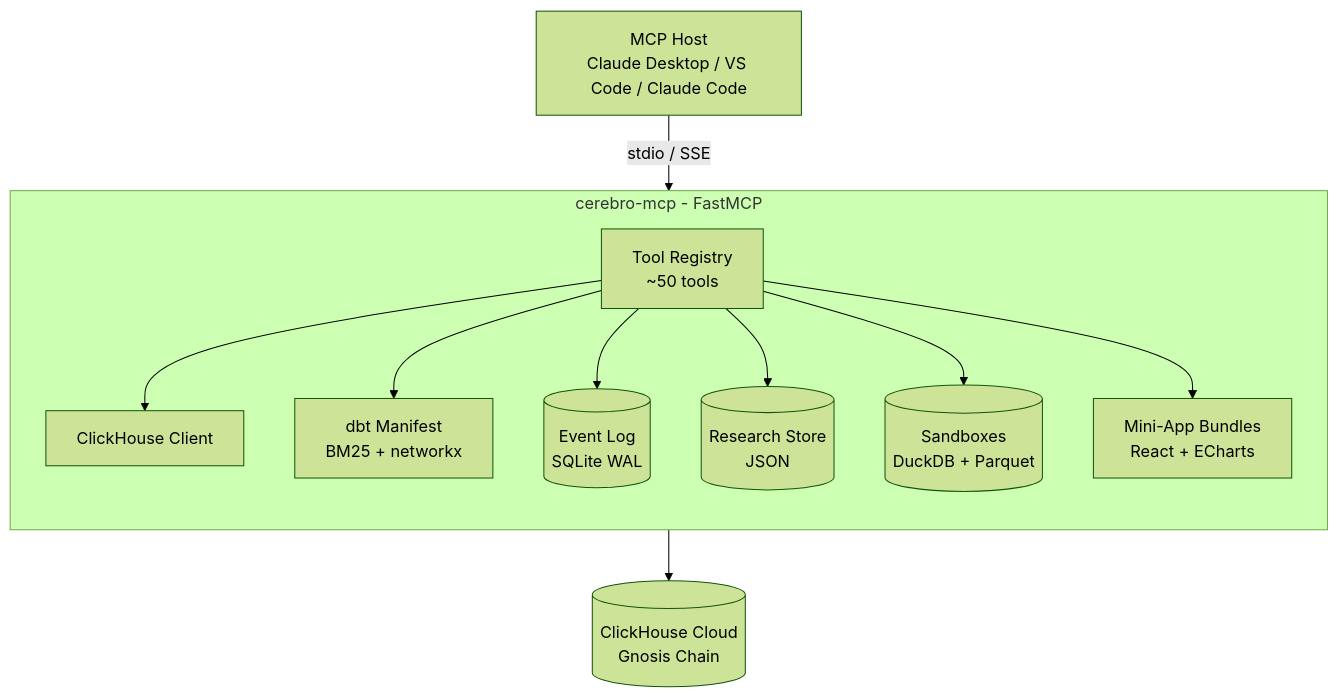
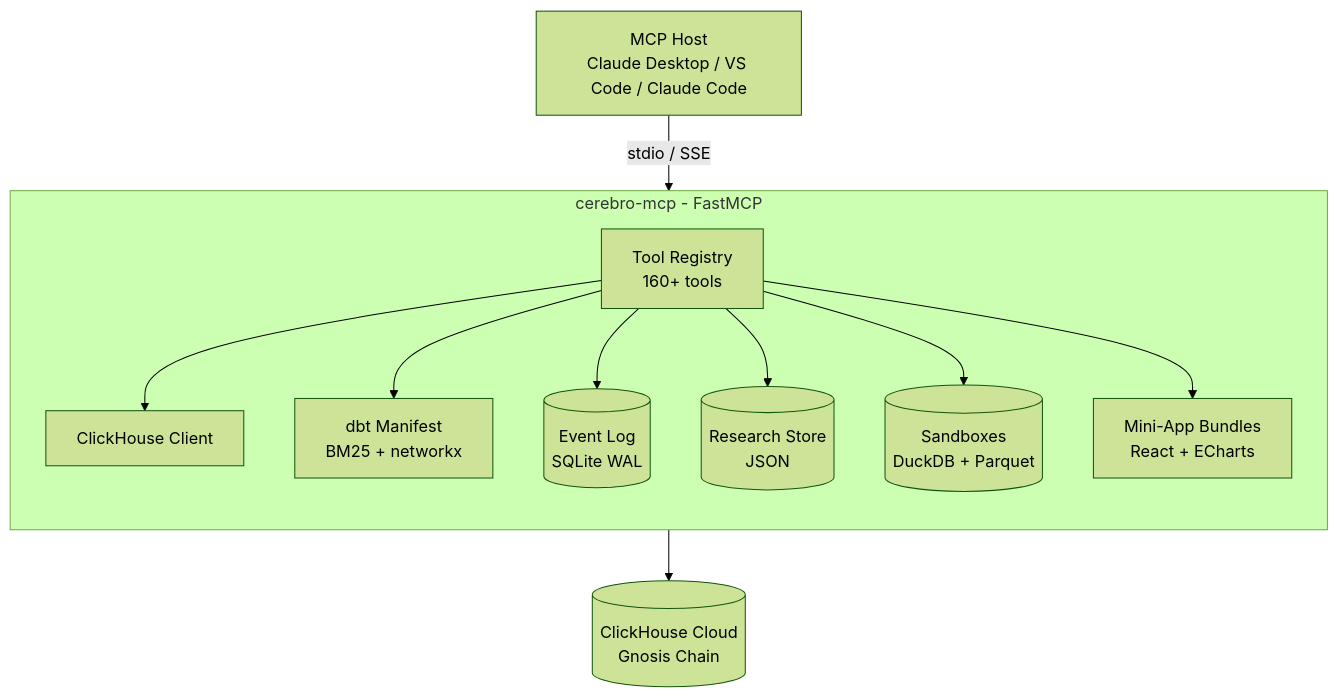
Before and after one commit to gnosischain/cerebro-docs: the diagram in docs/mcp/index.md, drawn with Mermaid (forest theme). The commit also changed other lines of this file and 85 other files, not shown here.

````diff
--- a/docs/mcp/index.md
+++ b/docs/mcp/index.md
@@ -30,14 +30,14 @@
 ```mermaid
 flowchart TB
     H[MCP Host<br/>Claude Desktop / VS Code / Claude Code] -- stdio / SSE --> S
     subgraph S[cerebro-mcp - FastMCP]
       direction TB
-      T[Tool Registry<br/>~50 tools] --> CH[ClickHouse Client]
+      T[Tool Registry<br/>160+ tools] --> CH[ClickHouse Client]
       T --> D[dbt Manifest<br/>BM25 + networkx]
       T --> ES[(Event Log<br/>SQLite WAL)]
       T --> RS[(Research Store<br/>JSON)]
       T --> SB[(Sandboxes<br/>DuckDB + Parquet)]
       T --> UI[Mini-App Bundles<br/>React + ECharts]
     end
     CH --> CHC[(ClickHouse Cloud<br/>Gnosis Chain)]
 ```
````
